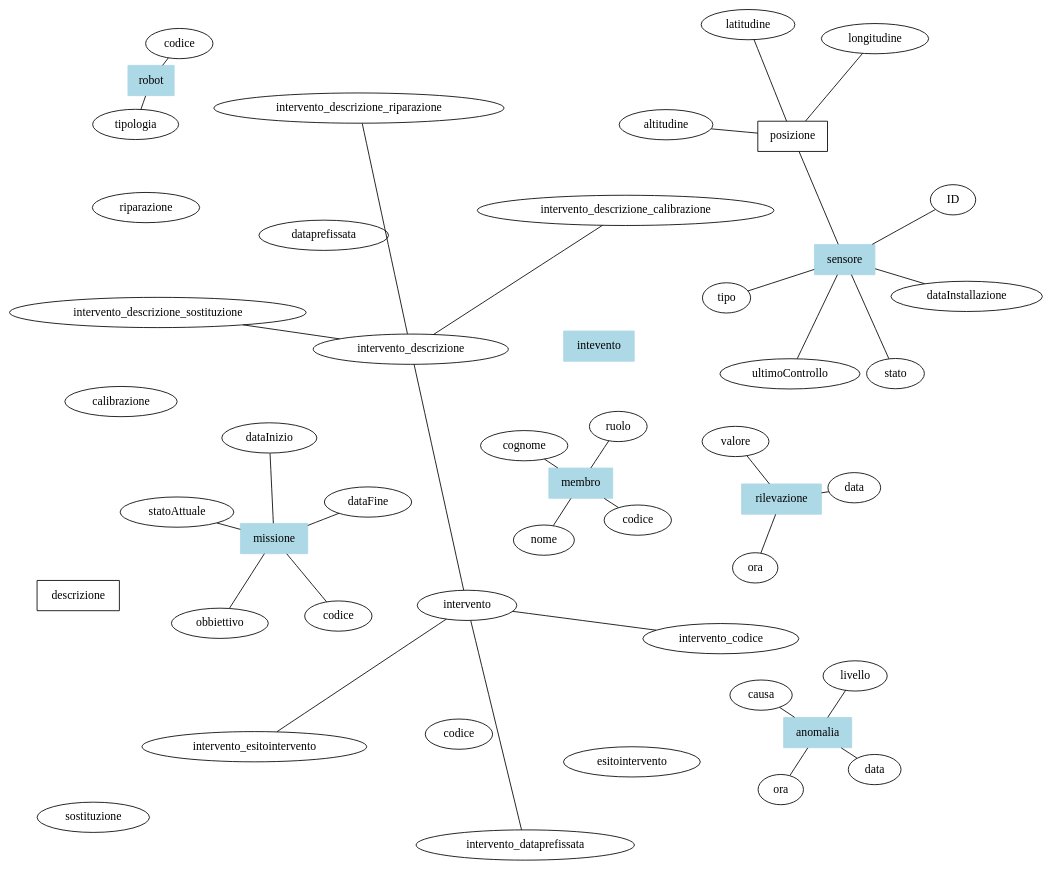
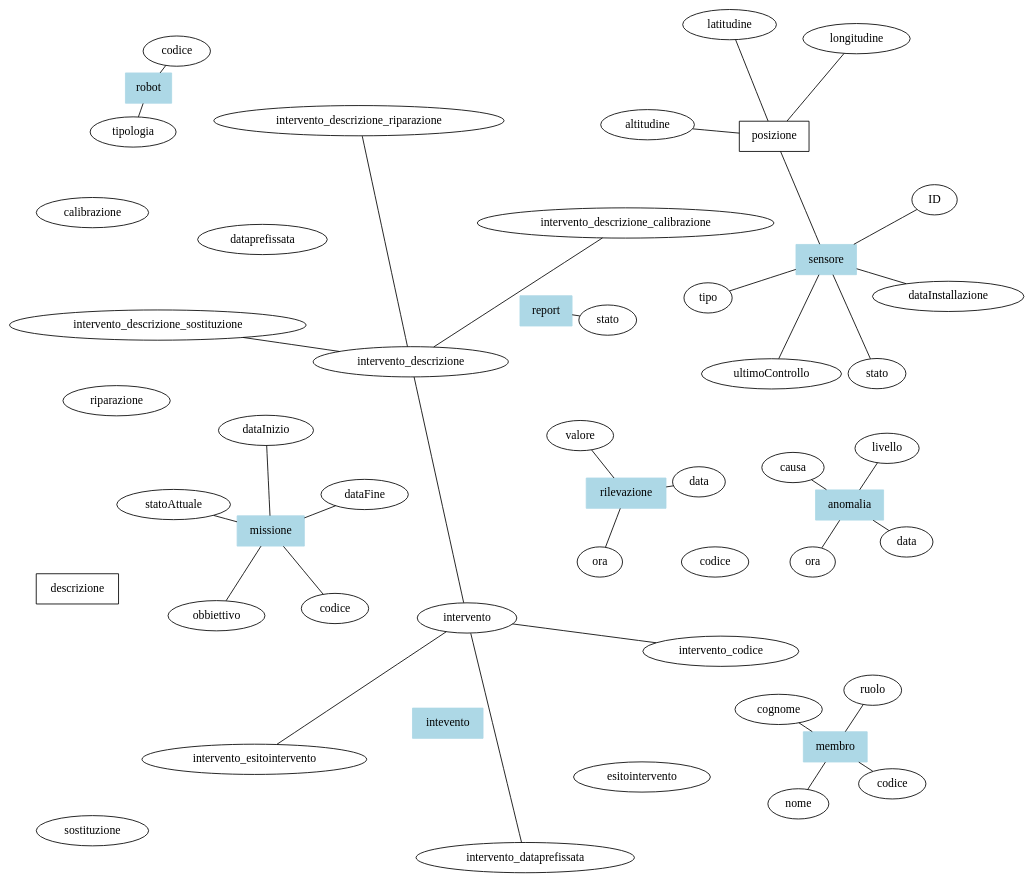
Before and after one commit to Air4x/Progetto-2024-25-DB: the diagram in Modello-ER.dot, drawn with Graphviz. The commit also changed other lines of this file, not shown here.

Commit message:
Aggiunto report

```diff
--- a/Modello-ER.dot
+++ b/Modello-ER.dot
@@ -1,84 +1,87 @@
 graph ER {
     layout=neato;
     overlap=false;
     // Entità
     /// Missione
     missione[shape="box", style=filled, color="lightblue"];
     missione_codice[label="codice"];
     missione_obbiettivo[label="obbiettivo"];
     missione_statoattuale[label="statoAttuale"];
     missione_dataFine[label="dataFine"];
     missione_dataInizio[label="dataInizio"];
     missione -- missione_codice;
     missione -- missione_obbiettivo;
     missione -- missione_statoattuale;
     missione -- missione_dataFine;
     missione -- missione_dataInizio;
     /// Membri dell'Equipaggio
     membro[shape="box", style=filled, color="lightblue"];
     membro_codice[label="codice"];
     membro_nome[label="nome"];
     membro_cognome[label="cognome"];
     membro_ruolo[label="ruolo"];
     membro -- membro_codice;
     membro -- membro_nome;
     membro -- membro_cognome;
     membro -- membro_ruolo;
     /// Sensori
     sensore[shape="box", style=filled, color="lightblue"];
     sensore_ID[label="ID"];
     sensore_posizione[shape="box", label="posizione"];
     sensore_pos_latitudine[label="latitudine"];
     sensore_pos_longitudine[label="longitudine"];
     sensore_pos_altitudine[label="altitudine"];
     sensore_tipo[label="tipo"];
     sensore_dataInstallazione[label="dataInstallazione"];
     sensore_ultimoControllo[label="ultimoControllo"];
     sensore_stato[label="stato"];
     sensore -- sensore_ID;
     sensore -- sensore_posizione;
     sensore_posizione -- sensore_pos_latitudine;
     sensore_pos_longitudine -- sensore_posizione -- sensore_pos_altitudine;
     sensore -- sensore_tipo;
     sensore -- sensore_dataInstallazione;
     sensore -- sensore_ultimoControllo;
     sensore -- sensore_stato;
     /// Robot
     robot[shape="box", style=filled, color="lightblue"];
     robot_codice[label="codice"];
     robot_tipo[label="tipologia"];
     robot_codice -- robot -- robot_tipo;
     /// Rilevazione
     rilevazione[shape="box", style=filled, color="lightblue"];
     rilevazione_data[label="data"];
     rilevazione_ora[label="ora"];
     rilevazione_valore[label="valore"];
     rilevazione_data -- rilevazione -- rilevazione_ora;
     rilevazione -- rilevazione_valore;
     /// Anomalia
     anomalia[shape="box", style=filled, color="lightblue"];
     anomalia_data[label="data"];
     anomalia_ora[label="ora"];
     anomalia_causa[label="causa"];
     anomalia_livello[label="livello"];
     anomalia_data -- anomalia -- anomalia_ora;
     anomalia_causa -- anomalia -- anomalia_livello;
     /// Intervento
     intevento[shape="box", style=filled, color="lightblue"];
     intevento_codice[label="codice"];
     intevento_descrizione[shape="box", label="descrizione"];
     intevento_descrizione_riparazione[label="riparazione"];
     intevento_descrizione_calibrazione[label="calibrazione"];
     intevento_descrizione_sostituzione[label="sostituzione"];
     intevento_dataprefissata[label="dataprefissata"];
     intevento_esitointervento[label="esitointervento"];
     intervento -- intervento_codice;
     intervento -- intervento_descrizione;
     intervento_descrizione_riparazione -- intervento_descrizione -- intervento_descrizione_calibrazione;
     intervento_descrizione_sostituzione -- intervento_descrizione;
     intervento -- intervento_esitointervento;
     intervento -- intervento_dataprefissata;
     /// Report
+    report[shape="box", style=filled, color="lightblue"];
+    report_statomissione[label="stato"];
+    report -- report_statomissione;
     // Relazioni
     // Varie ed Eventuali
 }
```
